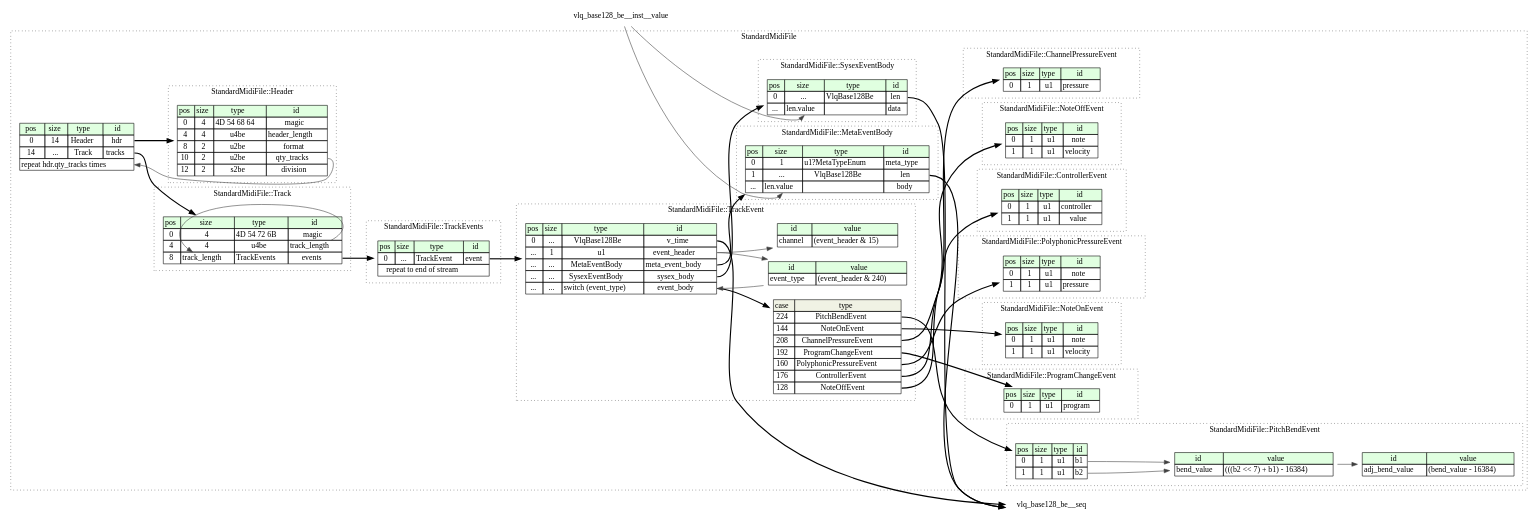
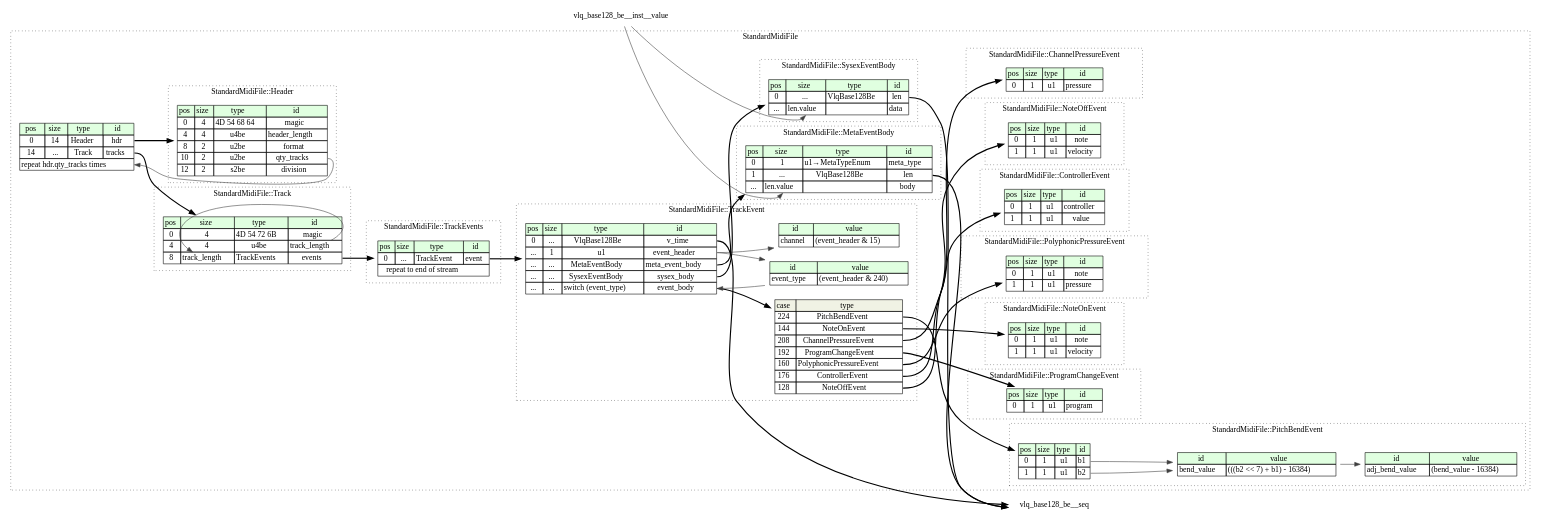
Before and after one commit to kaitai-io/formats-kaitai-io.github.io: the diagram in standard_midi_file/src/graphviz/standard_midi_file.dot, drawn with Graphviz. The commit also changed 262 other files, not shown here.

```diff
--- a/standard_midi_file/src/graphviz/standard_midi_file.dot
+++ b/standard_midi_file/src/graphviz/standard_midi_file.dot
@@ -116,7 +116,7 @@
 
 			meta_event_body__seq [label=<<TABLE BORDER="0" CELLBORDER="1" CELLSPACING="0">
 				<TR><TD BGCOLOR="#E0FFE0">pos</TD><TD BGCOLOR="#E0FFE0">size</TD><TD BGCOLOR="#E0FFE0">type</TD><TD BGCOLOR="#E0FFE0">id</TD></TR>
-				<TR><TD PORT="meta_type_pos">0</TD><TD PORT="meta_type_size">1</TD><TD>u1?MetaTypeEnum</TD><TD PORT="meta_type_type">meta_type</TD></TR>
+				<TR><TD PORT="meta_type_pos">0</TD><TD PORT="meta_type_size">1</TD><TD>u1→MetaTypeEnum</TD><TD PORT="meta_type_type">meta_type</TD></TR>
 				<TR><TD PORT="len_pos">1</TD><TD PORT="len_size">...</TD><TD>VlqBase128Be</TD><TD PORT="len_type">len</TD></TR>
 				<TR><TD PORT="body_pos">...</TD><TD PORT="body_size">len.value</TD><TD></TD><TD PORT="body_type">body</TD></TR>
 			</TABLE>>];
```
